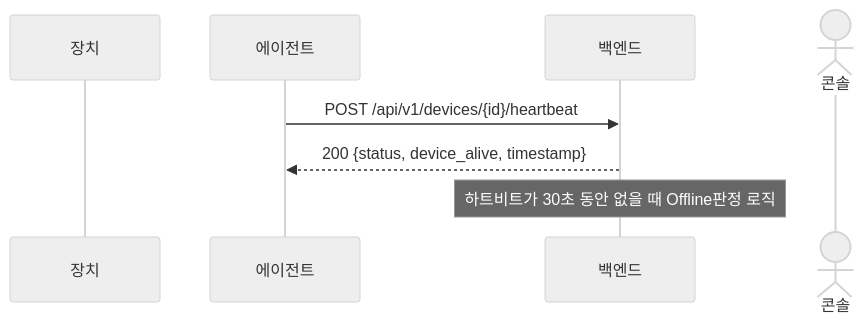
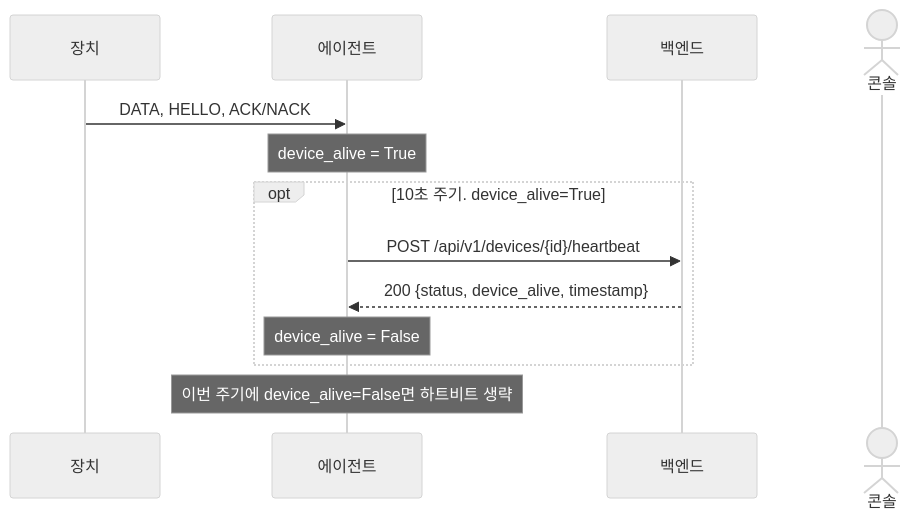
Before and after one commit to AlwaysEden/SV-Project: the fourth of 11 diagrams in docs/seq_diagrams.md, drawn with Mermaid (neutral theme). The commit also changed other lines of this file and 1 other file, not shown here.

Commit message:
docs: 설계문서 추가, 시퀀스 다이어그램 보강

````diff
--- a/docs/seq_diagrams.md
+++ b/docs/seq_diagrams.md
@@ -76,11 +86,16 @@
 ```mermaid
 sequenceDiagram
     participant Device as 장치
     participant Agent as 에이전트
     participant Backend as 백엔드
     actor Console as 콘솔
 
-    Agent->>Backend: POST /api/v1/devices/{id}/heartbeat
-    Backend-->>Agent: 200 {status, device_alive, timestamp}
-    Note over Backend: 하트비트가 30초 동안 없을 때 Offline판정 로직
+    Device->>Agent: DATA, HELLO, ACK/NACK
+    Note over Agent: device_alive = True
+    opt 10초 주기. device_alive=True
+        Agent->>Backend: POST /api/v1/devices/{id}/heartbeat
+        Backend-->>Agent: 200 {status, device_alive, timestamp}
+        Note over Agent: device_alive = False
+    end
+    Note over Agent: 이번 주기에 device_alive=False면 하트비트 생략
 ```
````
